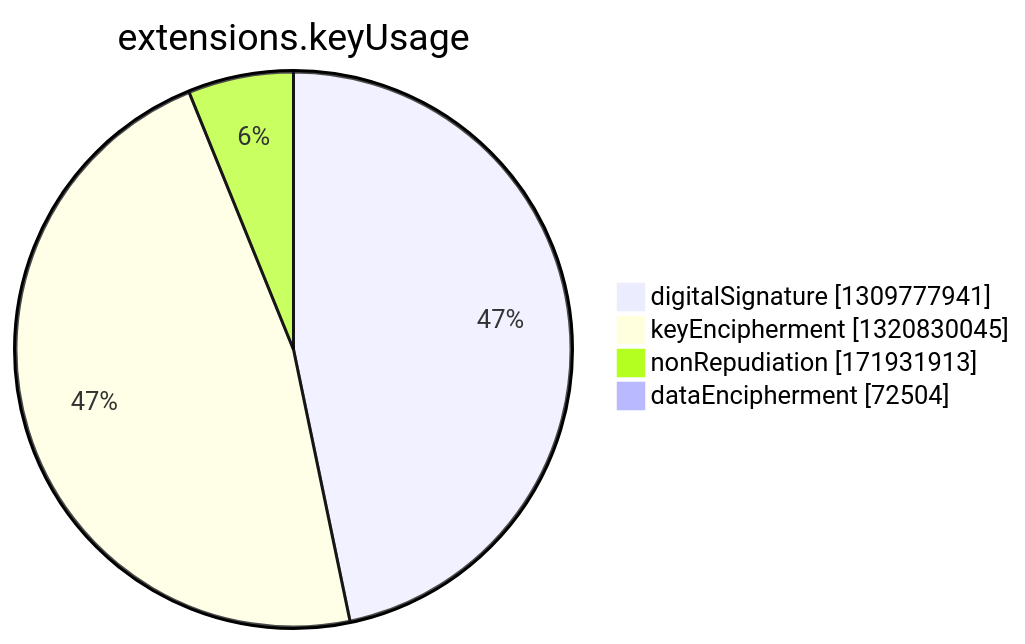
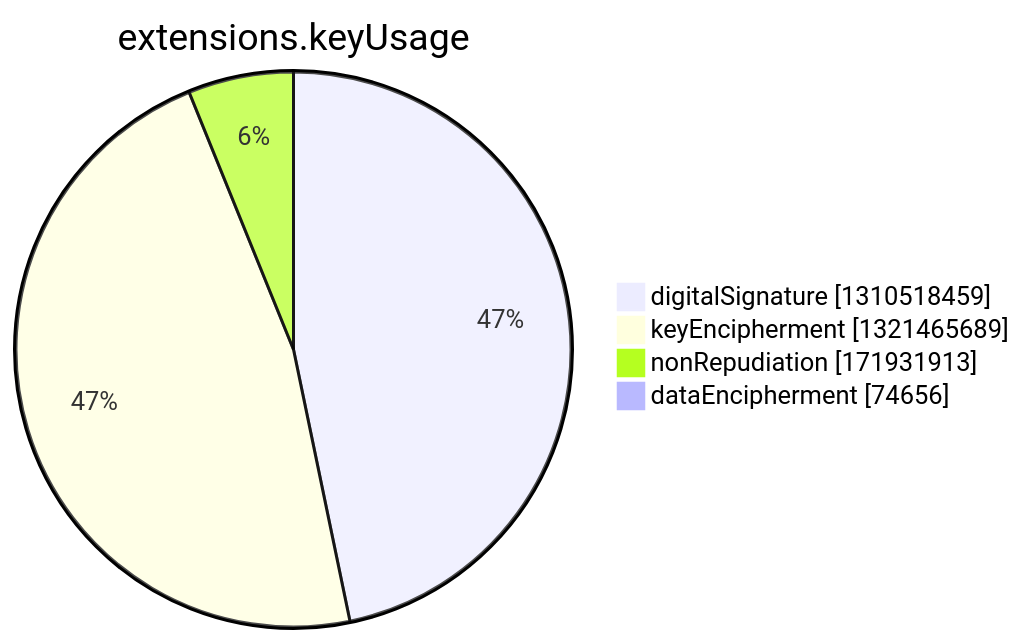
One commit to christiankrug/ctmonitor_visualization changed the seventh of 15 diagrams in argon2022/README.md. Above: the diagram before and after it, drawn with Mermaid. The commit also changed other lines of this file, not shown here.

````diff
--- a/argon2022/README.md
+++ b/argon2022/README.md
@@ -2750,8 +2750,8 @@
 ```mermaid
 pie showData
 title extensions.keyUsage
-"digitalSignature" :1309777941
-"keyEncipherment" :1320830045
+"digitalSignature" :1310518459
+"keyEncipherment" :1321465689
 "nonRepudiation" :171931913
-"dataEncipherment" :72504
+"dataEncipherment" :74656
 ```
````
